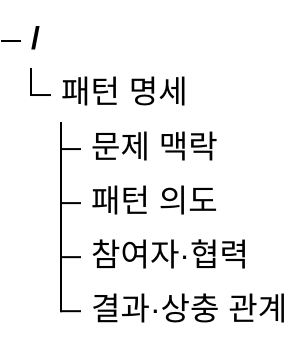
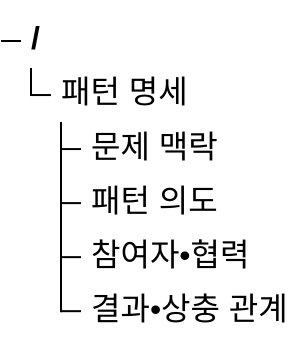
Before and after one commit to agnusdei1207/knowledge-base: the first of 2 diagrams in src/content/docs/notes/03-software/047_design_patterns_gof.md, drawn with Mermaid. The commit also changed other lines of this file and 953 other files, not shown here.

````diff
--- a/src/content/docs/notes/03-software/047_design_patterns_gof.md
+++ b/src/content/docs/notes/03-software/047_design_patterns_gof.md
@@ -68,8 +68,8 @@
 ```mermaid
 treeView-beta
   "패턴 명세"
     "문제 맥락"
     "패턴 의도"
-    "참여자·협력"
-    "결과·상충 관계"
+    "참여자•협력"
+    "결과•상충 관계"
 ```
````
